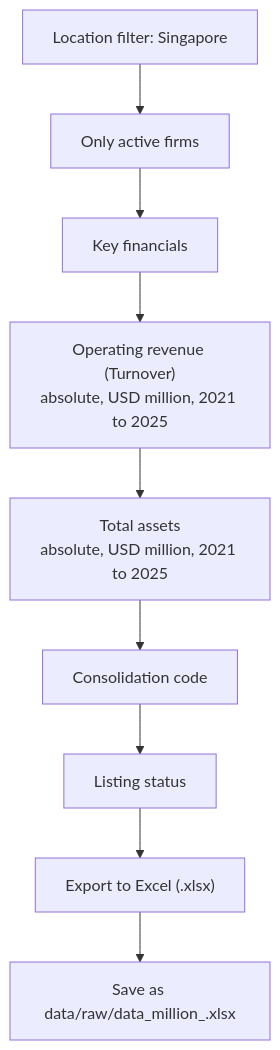
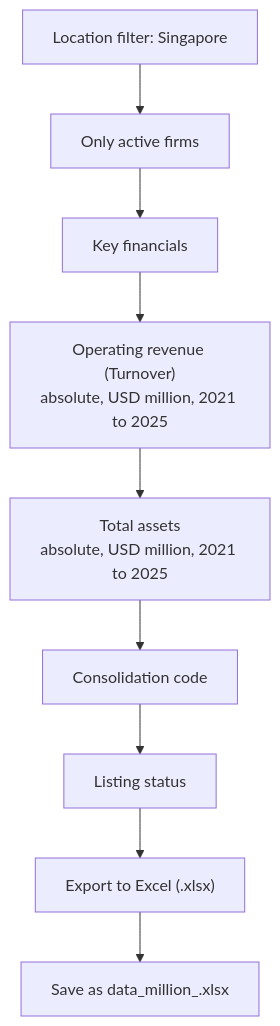
One commit to pbansal2026-sys/607_Group_Project changed the diagram in README.md. Above: the diagram before and after it, drawn with Mermaid.

````diff
--- a/README.md
+++ b/README.md
@@ -33,11 +33,11 @@
 ```mermaid
 flowchart TD
     A["Location filter: Singapore"] --> B["Only active firms"]
     B --> C["Key financials"]
     C --> D["Operating revenue (Turnover)<br/>absolute, USD million, 2021 to 2025"]
     D --> E["Total assets<br/>absolute, USD million, 2021 to 2025"]
     E --> F["Consolidation code"]
     F --> G["Listing status"]
     G --> H["Export to Excel (.xlsx)"]
-    H --> I["Save as data/raw/data_million_.xlsx"]
+    H --> I["Save as data_million_.xlsx"]
 ```
````
